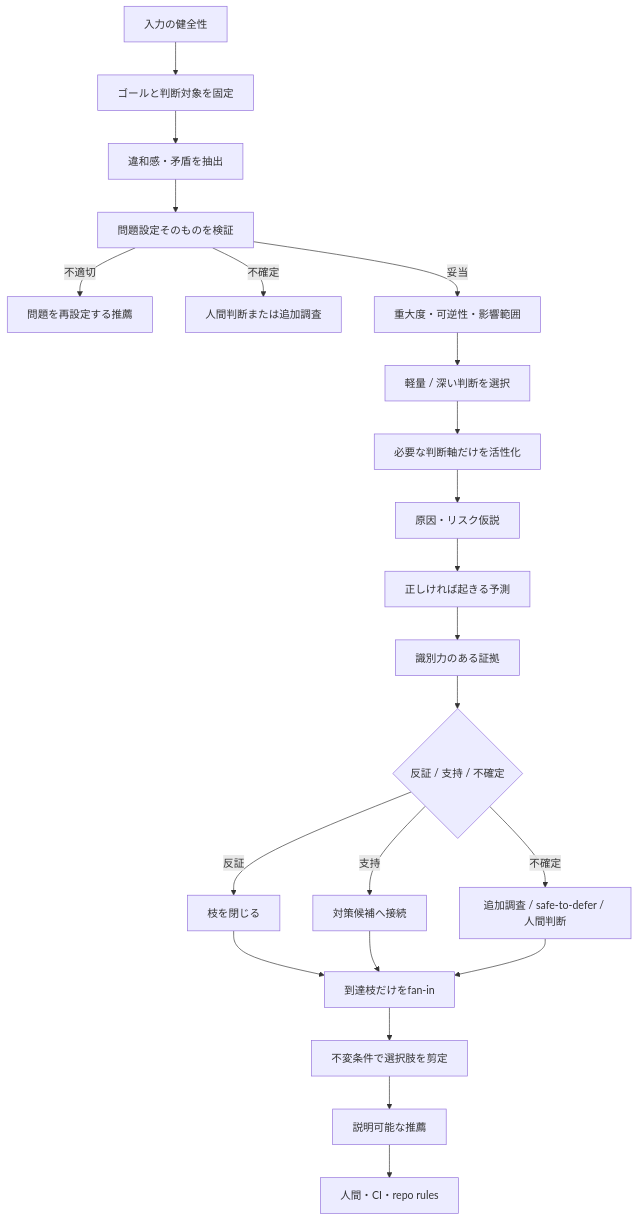
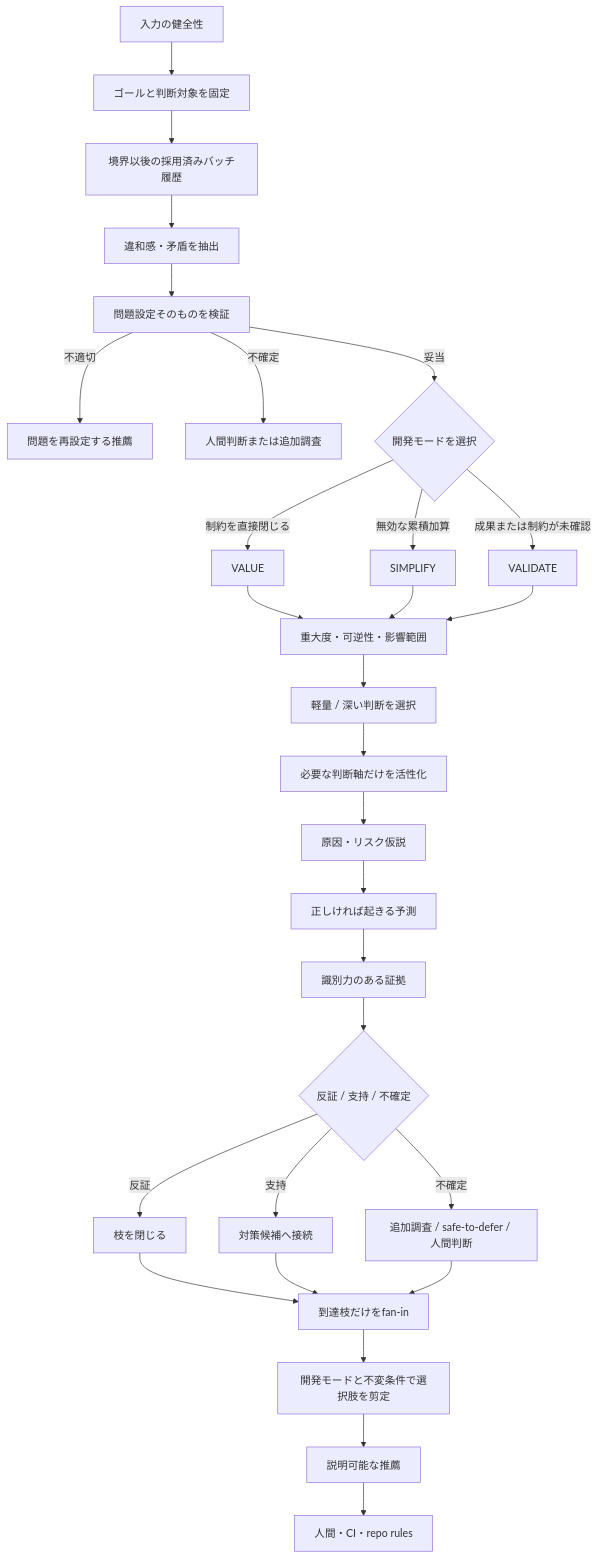
The diagram in docs/architecture/vibepro-senior-engineering-judgment-dag.md (Unson-LLC/vibepro), drawn with Mermaid before and after one commit. The commit also changed other lines of this file and 6 other files, not shown here.

````diff
--- a/docs/architecture/vibepro-senior-engineering-judgment-dag.md
+++ b/docs/architecture/vibepro-senior-engineering-judgment-dag.md
@@ -22,24 +24,31 @@
 ```mermaid
 flowchart TD
   Input["入力の健全性"] --> Goal["ゴールと判断対象を固定"]
-  Goal --> Discomfort["違和感・矛盾を抽出"]
+  Goal --> History["境界以後の採用済みバッチ履歴"]
+  History --> Discomfort["違和感・矛盾を抽出"]
   Discomfort --> Frame["問題設定そのものを検証"]
   Frame -->|不適切| Reframe["問題を再設定する推薦"]
   Frame -->|不確定| Human["人間判断または追加調査"]
-  Frame -->|妥当| Profile["重大度・可逆性・影響範囲"]
+  Frame -->|妥当| Mode{"開発モードを選択"}
+  Mode -->|制約を直接閉じる| Value["VALUE"]
+  Mode -->|無効な累積加算| Simplify["SIMPLIFY"]
+  Mode -->|成果または制約が未確認| Validate["VALIDATE"]
+  Value --> Profile["重大度・可逆性・影響範囲"]
+  Simplify --> Profile
+  Validate --> Profile
   Profile --> Depth["軽量 / 深い判断を選択"]
   Depth --> Axes["必要な判断軸だけを活性化"]
   Axes --> Hypothesis["原因・リスク仮説"]
   Hypothesis --> Prediction["正しければ起きる予測"]
   Prediction --> Evidence["識別力のある証拠"]
   Evidence --> Verdict{"反証 / 支持 / 不確定"}
   Verdict -->|反証| Close["枝を閉じる"]
   Verdict -->|支持| Options["対策候補へ接続"]
   Verdict -->|不確定| Unknown["追加調査 / safe-to-defer / 人間判断"]
   Close --> FanIn["到達枝だけをfan-in"]
   Options --> FanIn
   Unknown --> FanIn
-  FanIn --> Constraints["不変条件で選択肢を剪定"]
+  FanIn --> Constraints["開発モードと不変条件で選択肢を剪定"]
   Constraints --> Recommendation["説明可能な推薦"]
   Recommendation --> Authority["人間・CI・repo rules"]
 ```
````
